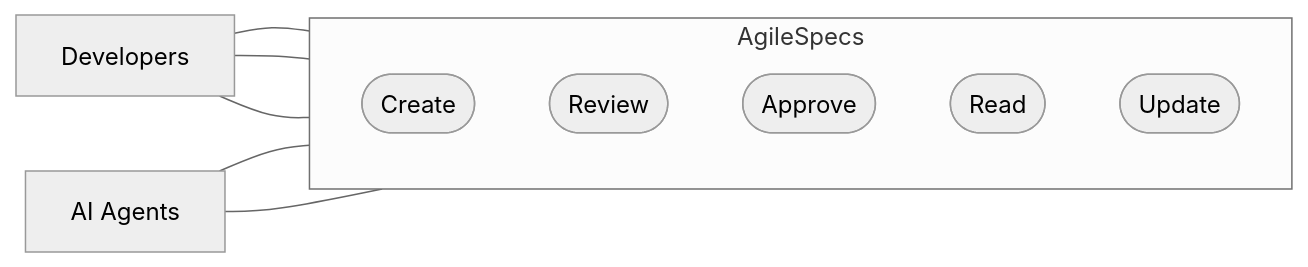
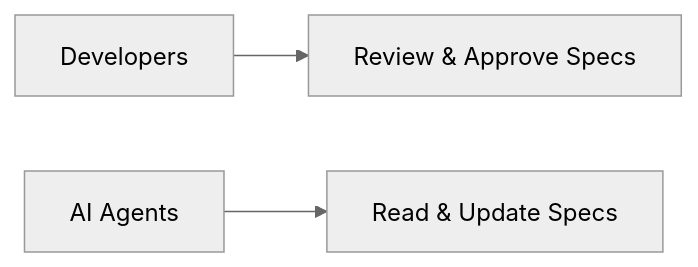
The third of 11 diagrams in README.md (mtov/AgileSpec), drawn with Mermaid (neutral theme) before and after one commit.

Commit message:
docs: simplify specification responsibilities diagram

````diff
--- a/README.md
+++ b/README.md
@@ -83,19 +83,5 @@
 ```mermaid
 flowchart LR
-    A["AI Agents"]
-    H["Developers"]
-
-    subgraph S["AgileSpecs"]
-        direction TB
-        C(["Create"])
-        R(["Review"])
-        P(["Approve"])
-        RR(["Read"])
-        U(["Update"])
-    end
-    H --- C
-    H --- R
-    H --- P
-    A --- RR
-    A --- U
+    H["Developers"] --> R["Review & Approve Specs"]
+    A["AI Agents"] --> C["Read & Update Specs"]
 ```
````
